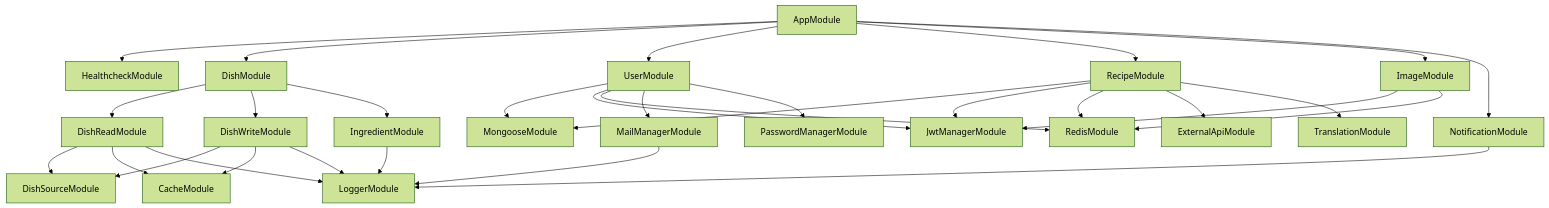
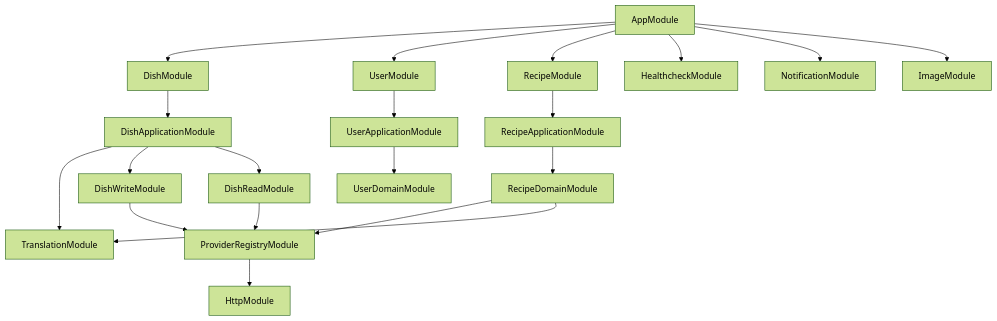
The diagram in docs/architecture/modules.md (mjkuranda/yummy-api-nestjs), drawn with Mermaid (forest theme) before and after one commit. The commit also changed other lines of this file and 31 other files, not shown here.

````diff
--- a/docs/architecture/modules.md
+++ b/docs/architecture/modules.md
@@ -2,53 +2,52 @@
 ```mermaid
 graph TD
 
 %% AppModule
-    AppModule --> HealthcheckModule
     AppModule --> DishModule
     AppModule --> UserModule
     AppModule --> RecipeModule
+    AppModule --> HealthcheckModule
+    AppModule --> NotificationModule
     AppModule --> ImageModule
-    AppModule --> NotificationModule
+
+%% DishModule
+    DishModule --> DishApplicationModule
+
+%% DishApplicationModule
+    DishApplicationModule --> TranslationModule
+    DishApplicationModule --> DishWriteModule
+    DishApplicationModule --> DishReadModule
+
+%% DishWriteModule
+    DishWriteModule --> ProviderRegistryModule
+
+%% DishReadModule
+    DishReadModule --> ProviderRegistryModule
+
+%% ProviderRegistryModule
+    ProviderRegistryModule --> HttpModule
+
+%% IngredientModule
 
 %% NotificationModule
-    NotificationModule --> LoggerModule
 
 %% ImageModule
-    ImageModule --> JwtManagerModule
-    ImageModule --> RedisModule
 
 %% RecipeModule
-    RecipeModule --> MongooseModule
-    RecipeModule --> JwtManagerModule
-    RecipeModule --> RedisModule
-    RecipeModule --> ExternalApiModule
-    RecipeModule --> TranslationModule
+    RecipeModule --> RecipeApplicationModule
+
+%% RecipeApplicationModule
+    RecipeApplicationModule --> RecipeDomainModule
+
+%% RecipeDomainModule
+    RecipeDomainModule --> ProviderRegistryModule
+    RecipeDomainModule --> TranslationModule
 
 %% UserModule
-    UserModule --> MongooseModule
-    UserModule --> JwtManagerModule
-    UserModule --> RedisModule
-    UserModule --> MailManagerModule
-    UserModule --> PasswordManagerModule
+    UserModule --> UserApplicationModule
+    
+%% UserApplicationModule
+    UserApplicationModule --> UserDomainModule
 
-%% DishModule
-    DishModule --> DishReadModule
-    DishModule --> DishWriteModule
-    DishModule --> IngredientModule
-
-%% DishReadModule
-    DishReadModule --> DishSourceModule
-    DishReadModule --> CacheModule
-    DishReadModule --> LoggerModule
-
-%% DishWriteModule
-    DishWriteModule --> DishSourceModule
-    DishWriteModule --> CacheModule
-    DishWriteModule --> LoggerModule
-    
-%% IngredientModule
-    IngredientModule --> LoggerModule
-    
 %% MailManagerModule
-    MailManagerModule --> LoggerModule
 ```
````
